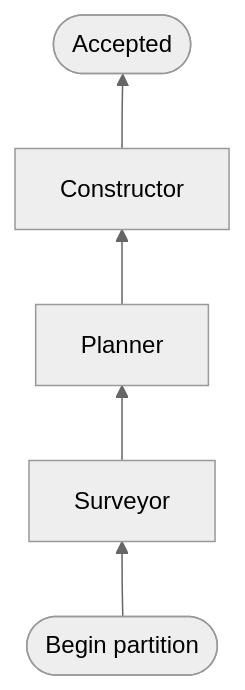
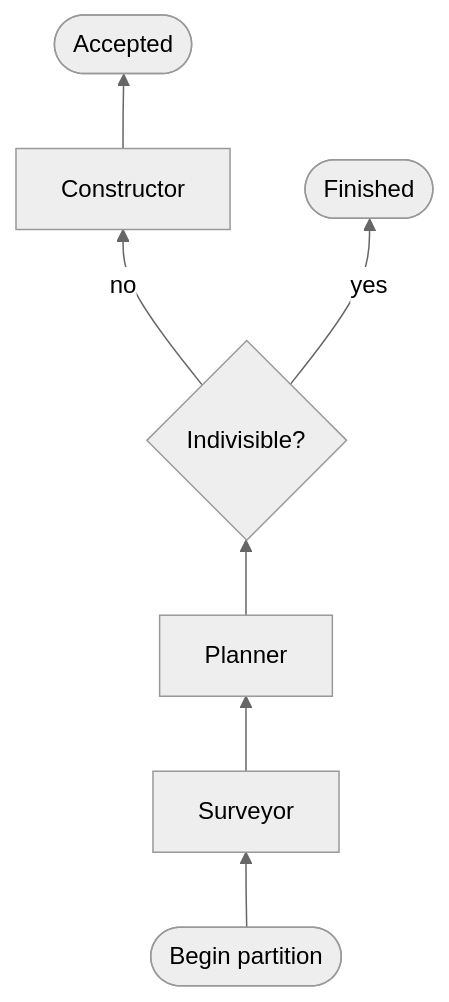
Before and after one commit to James-Mart/eunomio: the first of 4 diagrams in docs/content/docs/using-eunomio/partitioning.mdx, drawn with Mermaid (neutral theme). The commit also changed other lines of this file and 22 other files, not shown here.

````diff
--- a/docs/content/docs/using-eunomio/partitioning.mdx
+++ b/docs/content/docs/using-eunomio/partitioning.mdx
@@ -14,7 +14,9 @@
 ```mermaid
 flowchart BT
     Begin([Begin partition]) --> Surveyor
     Surveyor[Surveyor] --> Planner[Planner]
-    Planner --> Constructor[Constructor]
+    Planner --> Indivisible{Indivisible?}
+    Indivisible -- no --> Constructor[Constructor]
+    Indivisible -- yes --> Finished([Finished])
     Constructor --> Accepted([Accepted])
 ```
````
